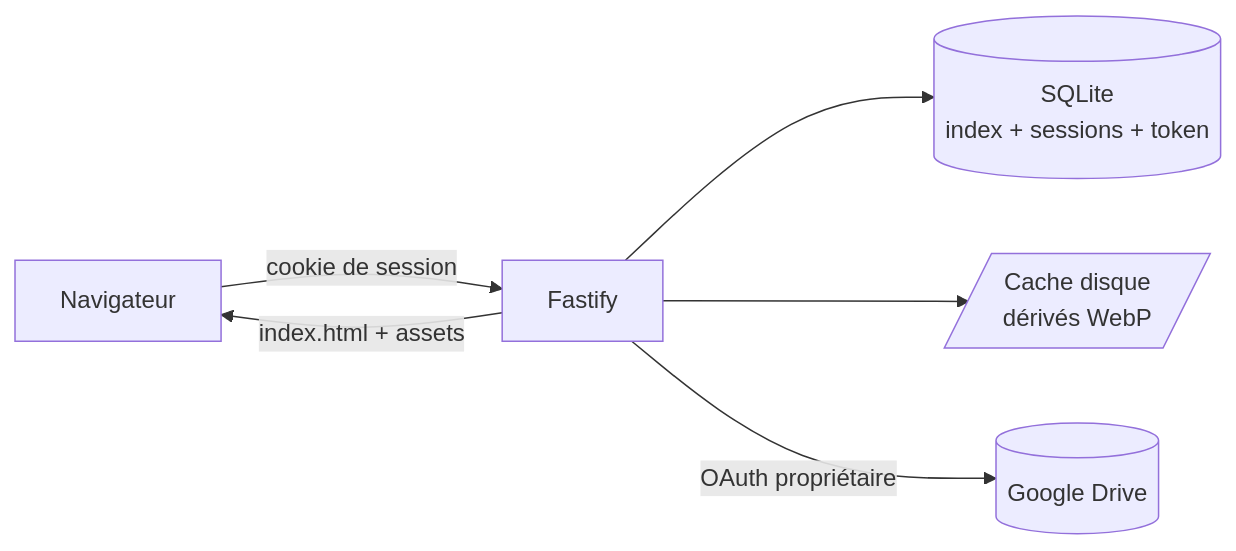
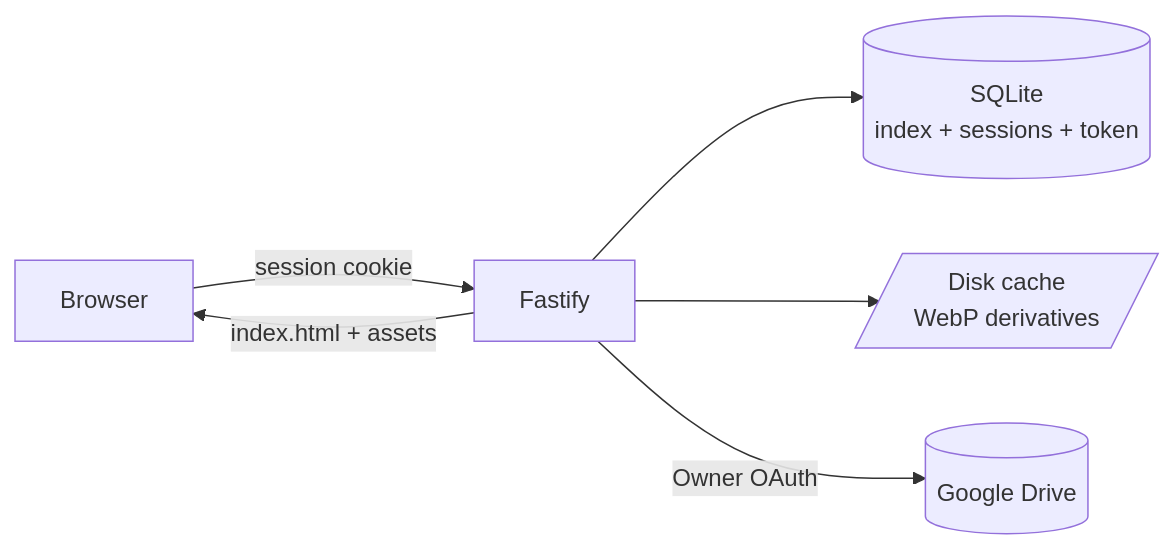
The first of 2 diagrams in specs/02-architecture.md (cr0cK/lukarn), drawn with Mermaid before and after one commit. The commit also changed other lines of this file and 344 other files, not shown here.

````diff
--- a/specs/02-architecture.md
+++ b/specs/02-architecture.md
@@ -8,8 +9,8 @@
 ```mermaid
 flowchart LR
-  N[Navigateur] -->|cookie de session| F[Fastify]
+  N[Browser] -->|session cookie| F[Fastify]
   F --> S[(SQLite<br/>index + sessions + token)]
-  F --> C[/Cache disque<br/>dérivés WebP/]
-  F -->|OAuth propriétaire| G[(Google Drive)]
+  F --> C[/Disk cache<br/>WebP derivatives/]
+  F -->|Owner OAuth| G[(Google Drive)]
   F -->|index.html + assets| N
 ```
````
